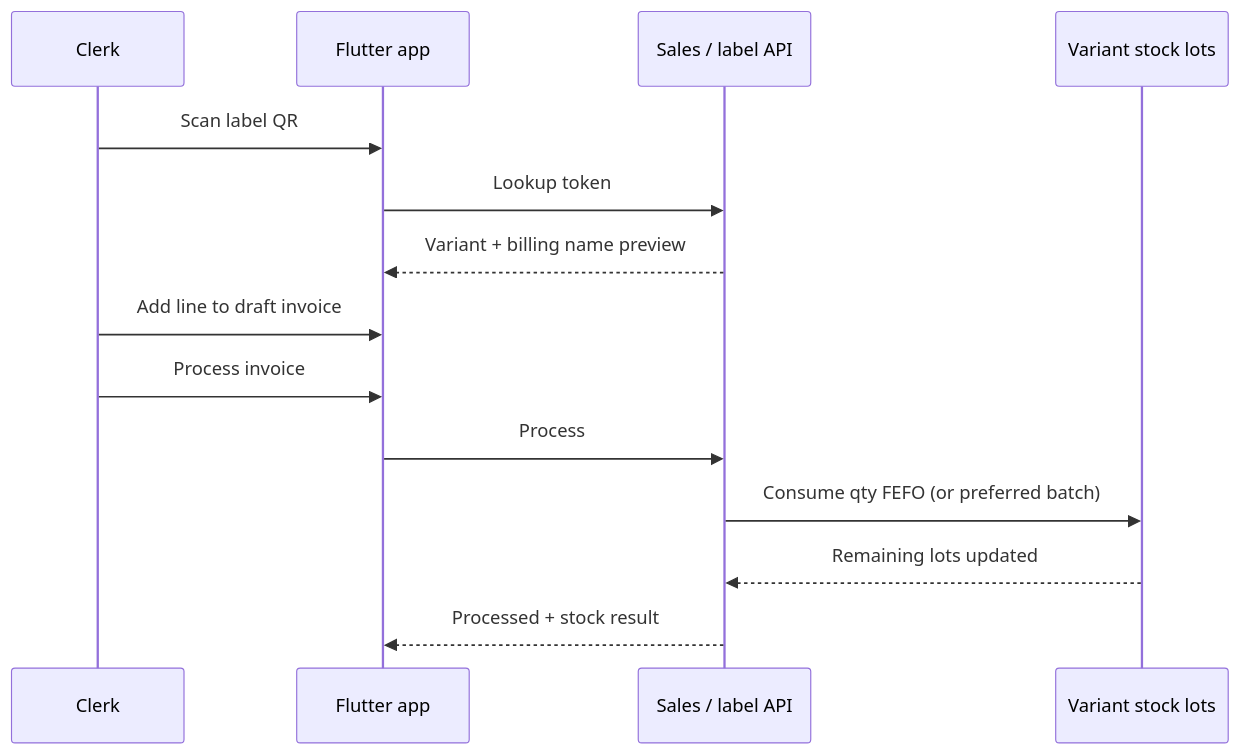
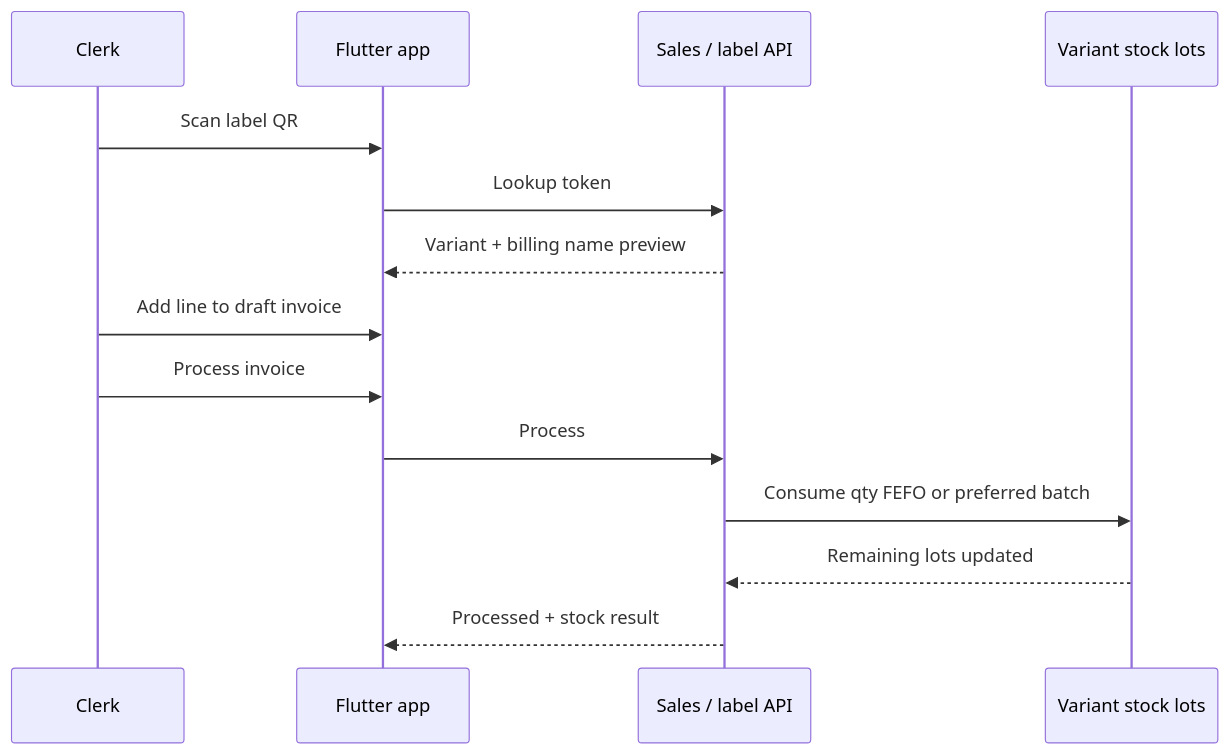
One commit to avinashbengaluru/ai-product-case-studies changed the second of 2 diagrams in case-studies/02-scan-to-invoice-stock.md. Above: the diagram before and after it, drawn with Mermaid. The commit also changed other lines of this file and 3 other files, not shown here.

````diff
--- a/case-studies/02-scan-to-invoice-stock.md
+++ b/case-studies/02-scan-to-invoice-stock.md
@@ -34,17 +78,17 @@
 ```mermaid
 sequenceDiagram
   participant Clerk
   participant Mobile as Flutter app
   participant API as Sales / label API
   participant Stock as Variant stock lots
 
   Clerk->>Mobile: Scan label QR
   Mobile->>API: Lookup token
   API-->>Mobile: Variant + billing name preview
   Clerk->>Mobile: Add line to draft invoice
   Clerk->>Mobile: Process invoice
   Mobile->>API: Process
-  API->>Stock: Consume qty FEFO (or preferred batch)
+  API->>Stock: Consume qty FEFO or preferred batch
   Stock-->>API: Remaining lots updated
   API-->>Mobile: Processed + stock result
 ```
````
